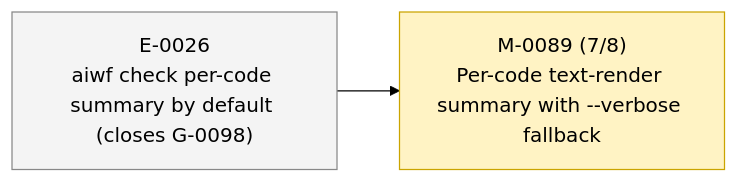
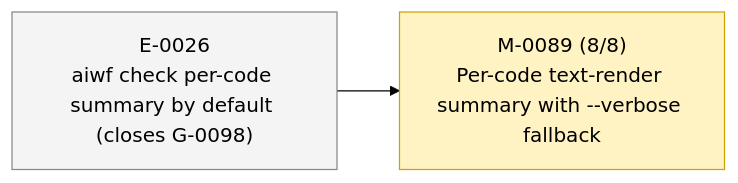
One commit to 23min/aiwf changed the second of 2 diagrams in STATUS.md. Above: the diagram before and after it, drawn with Mermaid (forest theme). The commit also changed other lines of this file and 1 other file, not shown here.

````diff
--- a/STATUS.md
+++ b/STATUS.md
@@ -51,12 +51,12 @@
 ```mermaid
 flowchart LR
   E_0026["E-0026<br/>aiwf check per-code summary by default (closes G-0098)"]:::epic_proposed
-  M_0089["M-0089 (7/8)<br/>Per-code text-render summary with --verbose fallback"]:::ms_in_progress
+  M_0089["M-0089 (8/8)<br/>Per-code text-render summary with --verbose fallback"]:::ms_in_progress
   E_0026 --> M_0089
   classDef epic_active fill:#d6eaff,stroke:#1a73e8,color:#000
   classDef epic_proposed fill:#f4f4f4,stroke:#888,color:#000
   classDef ms_done fill:#d8f5d8,stroke:#2a8a2a,color:#000
   classDef ms_in_progress fill:#fff3c4,stroke:#caa400,color:#000
   classDef ms_draft fill:#f4f4f4,stroke:#888,color:#000
   classDef ms_cancelled fill:#fbeaea,stroke:#c33,color:#000
 ```
````
